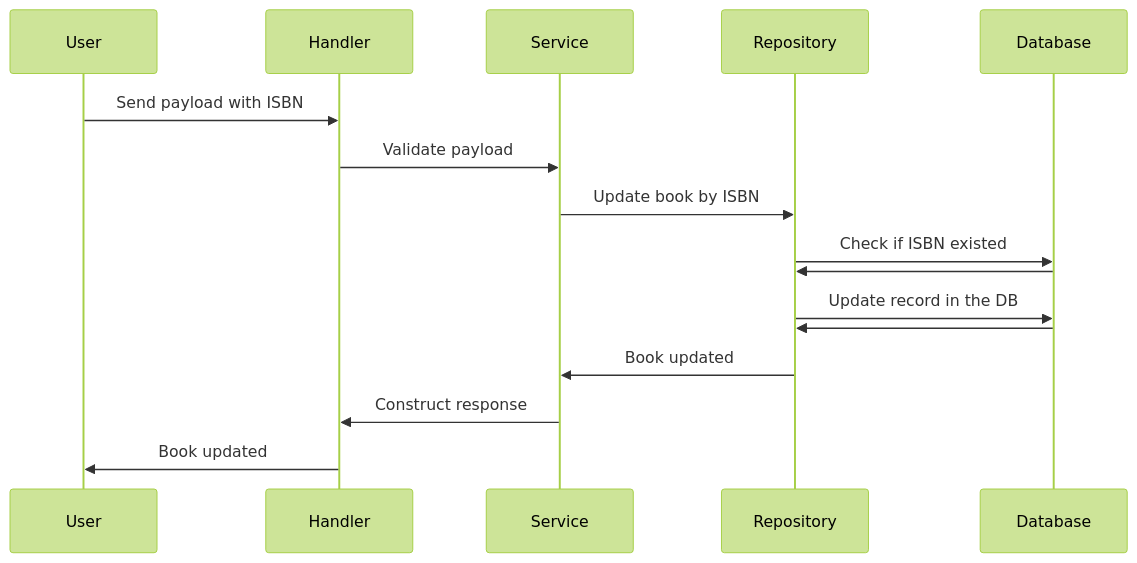
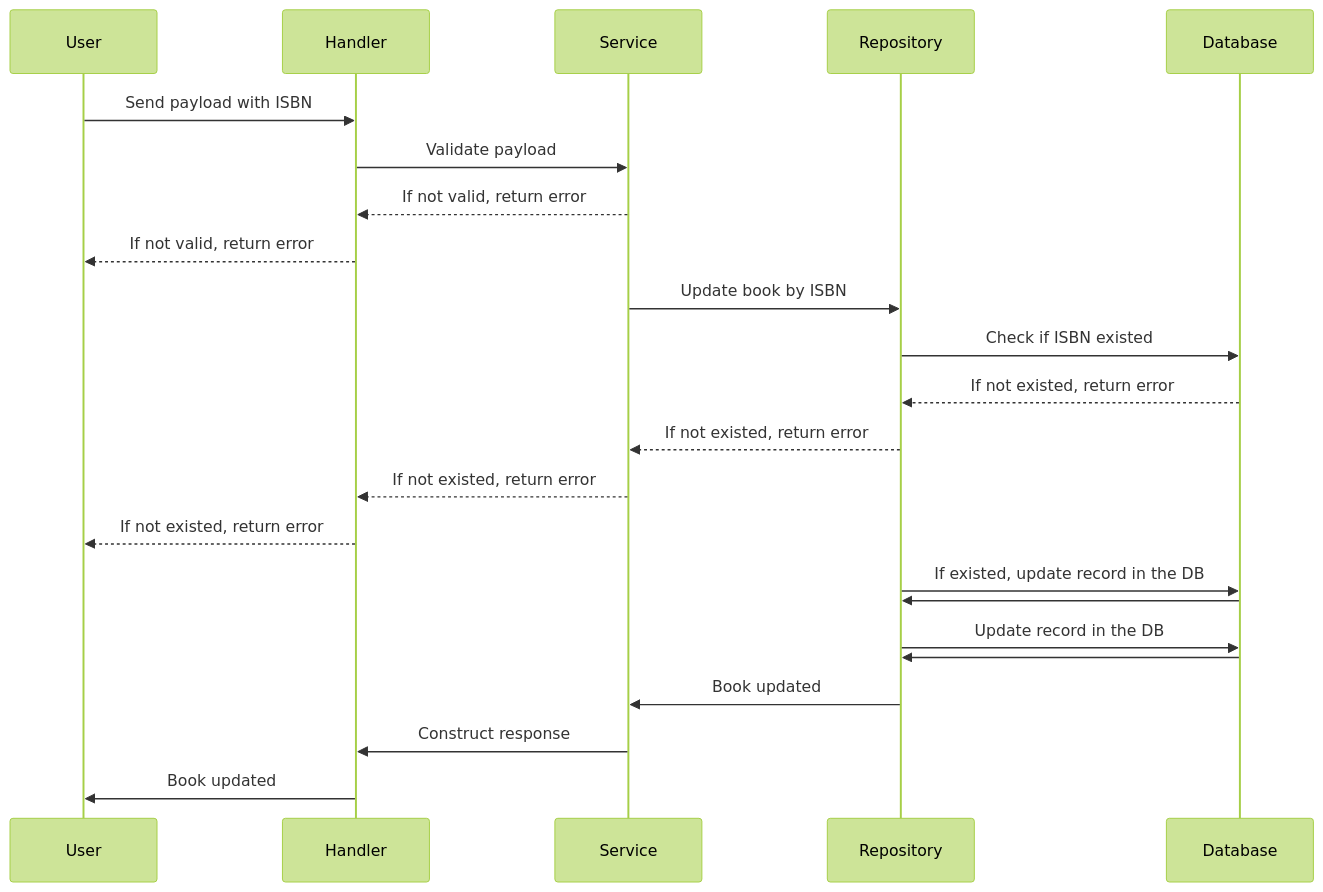
The fourth of 5 diagrams in README.md (liberocks/isbn), drawn with Mermaid (forest theme) before and after one commit.

Commit message:
add endpoint documentation (4)

````diff
--- a/README.md
+++ b/README.md
@@ -153,15 +153,22 @@
 ```mermaid
 sequenceDiagram
     accTitle: Update a book by ISBN
 
     User->>Handler: Send payload with ISBN
     Handler->>Service: Validate payload
+    Service-->>Handler: If not valid, return error
+    Handler-->>User: If not valid, return error
     Service->>Repository: Update book by ISBN
     Repository->>Database: Check if ISBN existed
+    Database-->>Repository: If not existed, return error
+    Repository-->>Service: If not existed, return error
+    Service-->>Handler: If not existed, return error
+    Handler-->>User: If not existed, return error
+    Repository->>Database: If existed, update record in the DB
     Database->>Repository: 
     Repository->>Database: Update record in the DB
     Database->>Repository: 
     Repository->>Service: Book updated
     Service->>Handler: Construct response
     Handler->>User: Book updated
 ```
````
